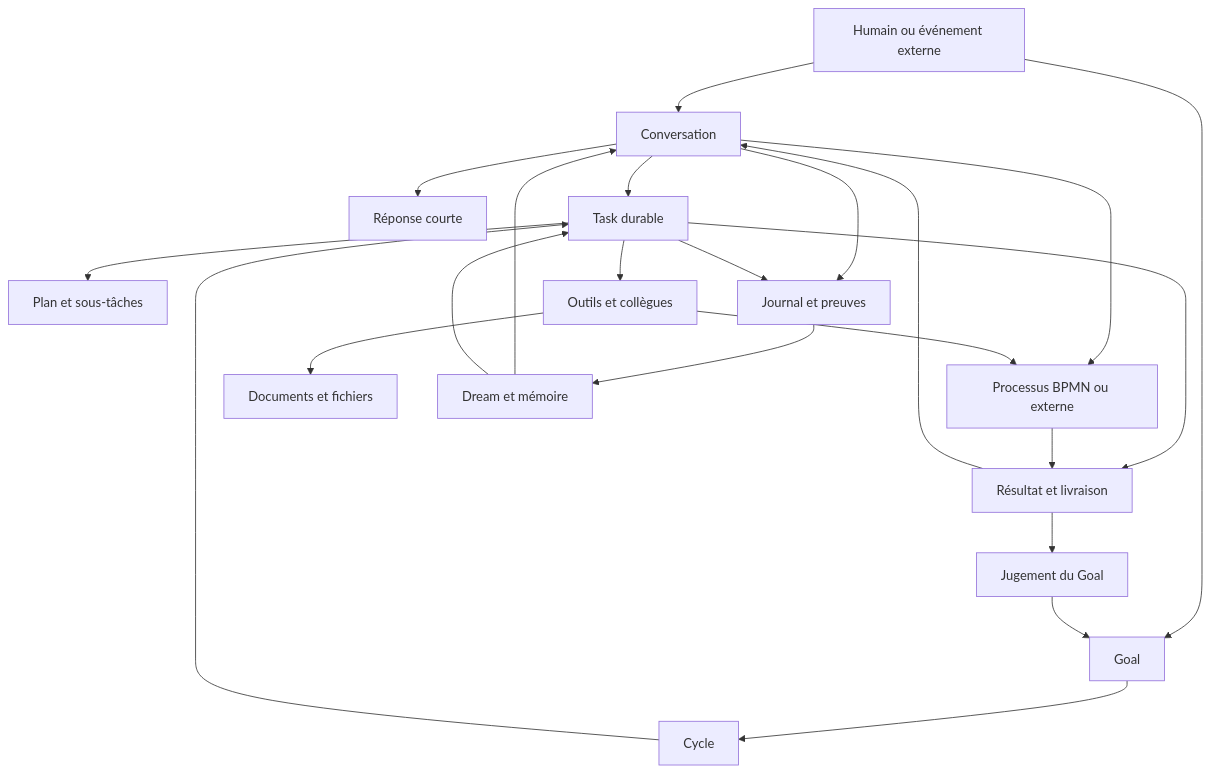
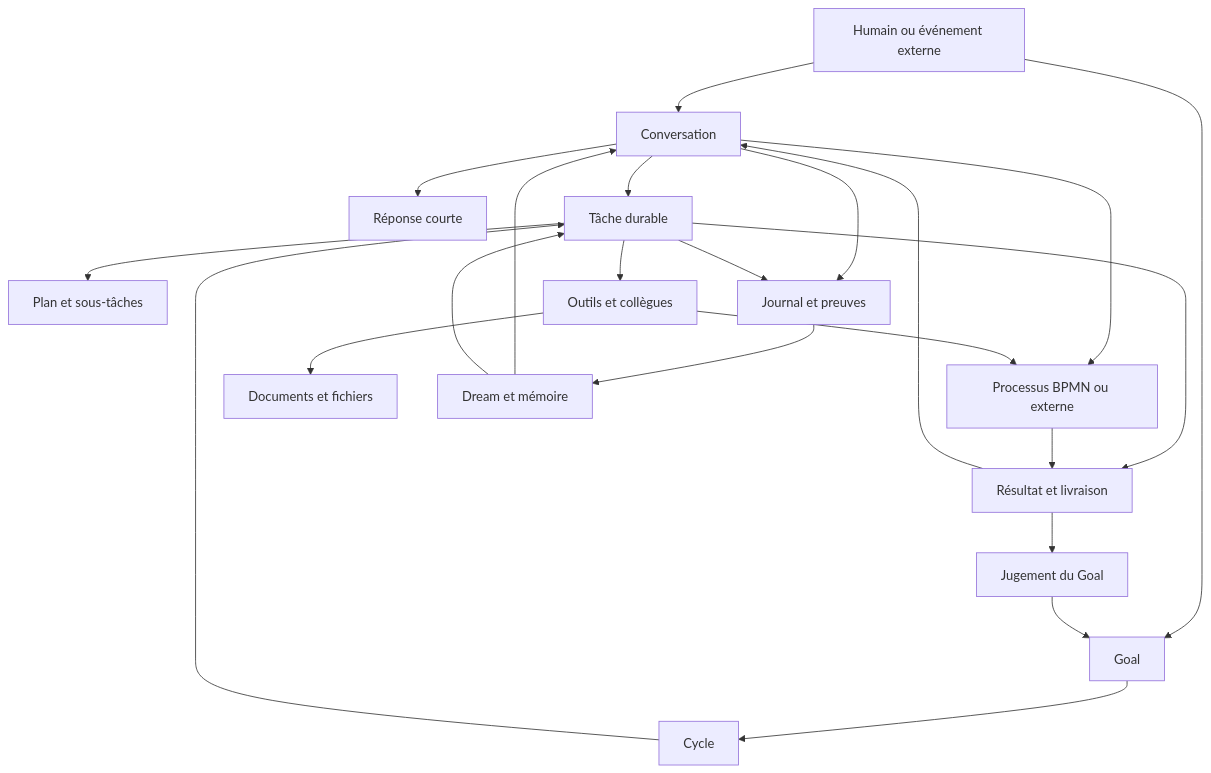
One commit to lecluse-net/galaris changed the first of 2 diagrams in docs/fr/reference/functional-catalogue.md. Above: the diagram before and after it, drawn with Mermaid. The commit also changed other lines of this file and 76 other files, not shown here.

````diff
--- a/docs/fr/reference/functional-catalogue.md
+++ b/docs/fr/reference/functional-catalogue.md
@@ -114,24 +114,24 @@
 ```mermaid
 flowchart TD
     H[Humain ou événement externe] --> C[Conversation]
     C --> R[Réponse courte]
-    C --> T[Task durable]
+    C --> T[Tâche durable]
     H --> G[Goal]
     G --> Y[Cycle]
     Y --> T
     T --> P[Plan et sous-tâches]
     T --> O[Outils et collègues]
     C --> X[Processus BPMN ou externe]
     O --> X
     O --> D[Documents et fichiers]
     T --> F[Résultat et livraison]
     X --> F
     F --> C
     F --> J[Jugement du Goal]
     J --> G
     C --> B[Journal et preuves]
     T --> B
     B --> M[Dream et mémoire]
     M --> C
     M --> T
 ```
````
